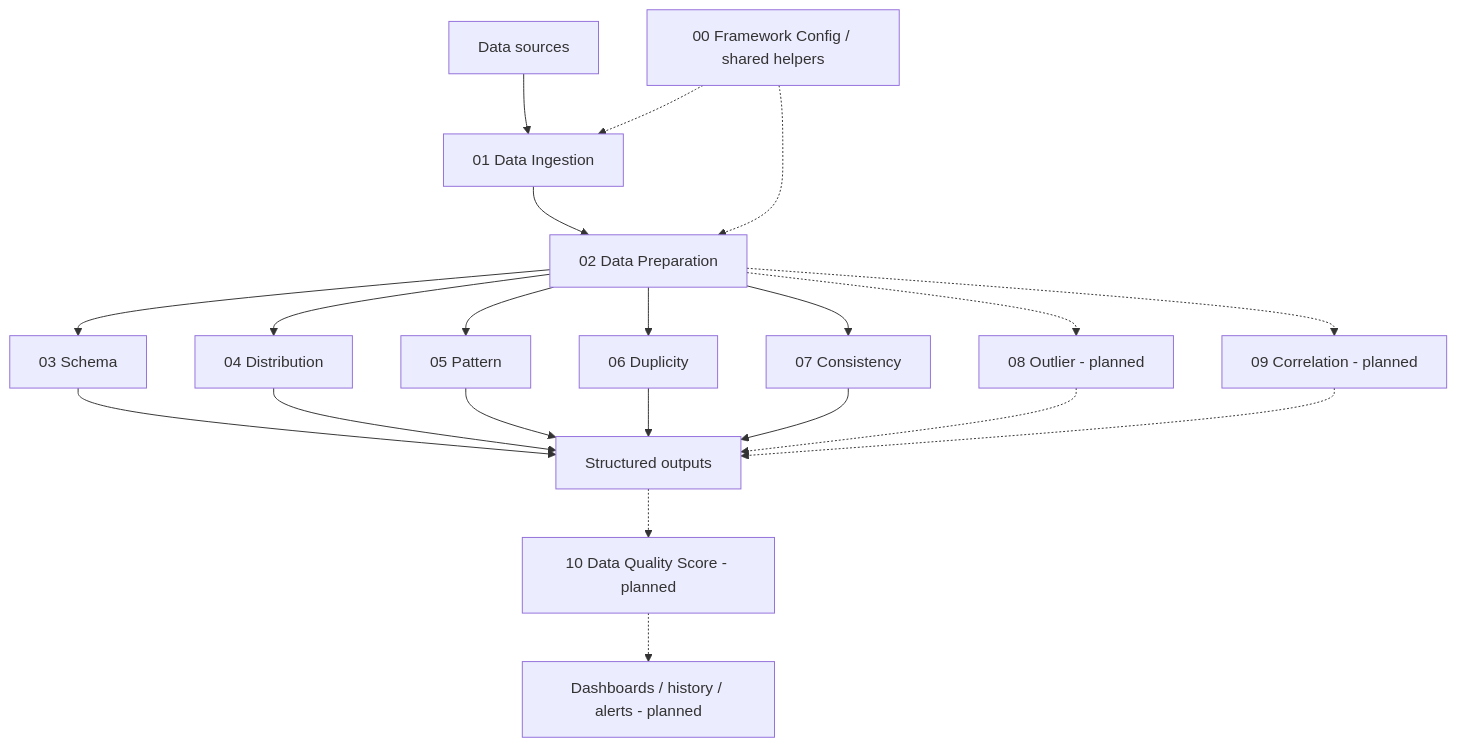
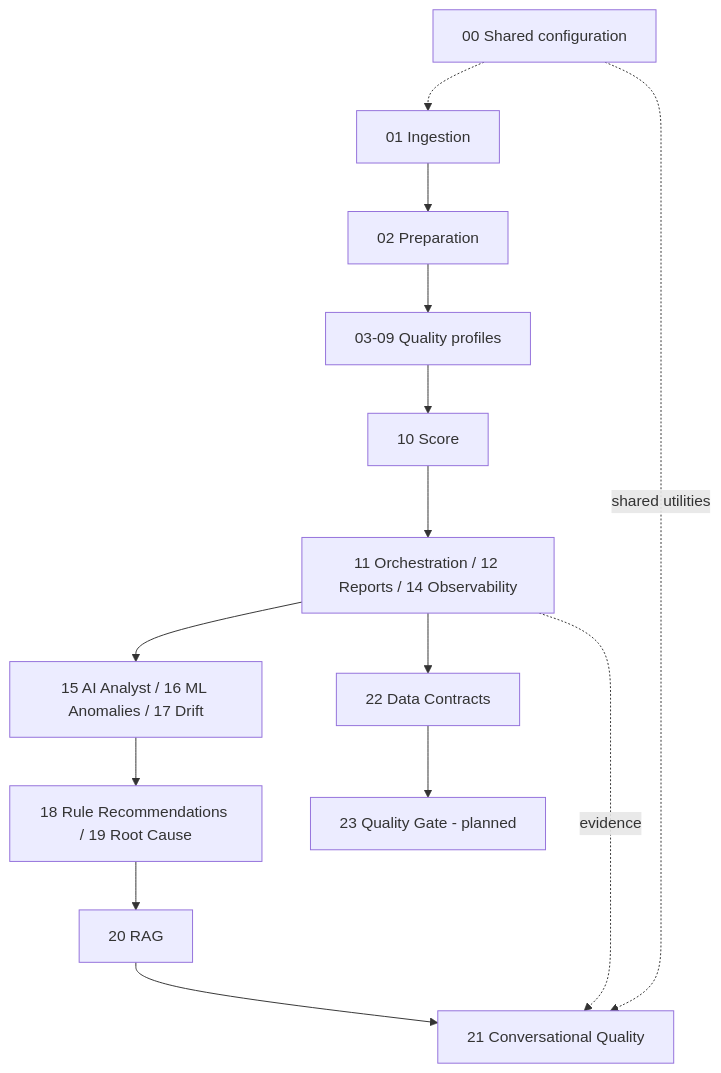
The diagram in README.en.md (laysabelici/databricks-qualidade-de-dados), drawn with Mermaid before and after one commit. The commit also changed other lines of this file, not shown here.

````diff
--- a/README.en.md
+++ b/README.en.md
@@ -44,23 +28,16 @@
 ```mermaid
 flowchart TD
-    A[Data sources] --> B[01 Data Ingestion]
-    B --> C[02 Data Preparation]
-    L[00 Framework Config / shared helpers] -.-> B
-    L -.-> C
-    C --> D[03 Schema]
-    C --> E[04 Distribution]
-    C --> F[05 Pattern]
-    C --> G[06 Duplicity]
-    C --> H[07 Consistency]
-    C -.-> I[08 Outlier - planned]
-    C -.-> J[09 Correlation - planned]
-    D --> K[Structured outputs]
-    E --> K
-    F --> K
-    G --> K
-    H --> K
-    I -.-> K
-    J -.-> K
-    K -.-> M[10 Data Quality Score - planned]
-    M -.-> N[Dashboards / history / alerts - planned]
+    A[00 Shared configuration] -.-> B[01 Ingestion]
+    B --> C[02 Preparation]
+    C --> D[03-09 Quality profiles]
+    D --> E[10 Score]
+    E --> F[11 Orchestration / 12 Reports / 14 Observability]
+    F --> G[15 AI Analyst / 16 ML Anomalies / 17 Drift]
+    G --> H[18 Rule Recommendations / 19 Root Cause]
+    H --> I[20 RAG]
+    I --> J[21 Conversational Quality]
+    F --> K[22 Data Contracts]
+    K --> L[23 Quality Gate - planned]
+    F -. evidence .-> J
+    A -. shared utilities .-> J
 ```
````
